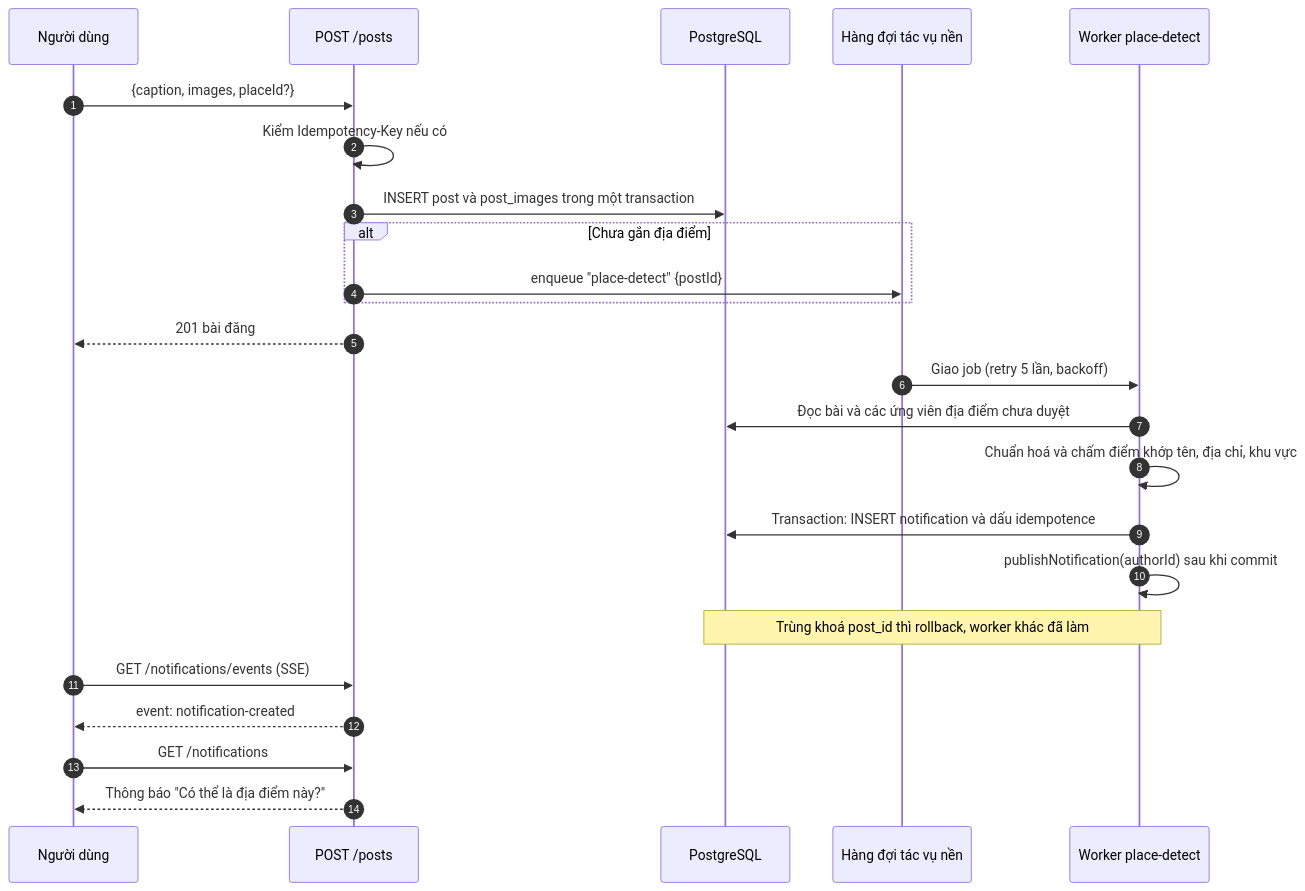
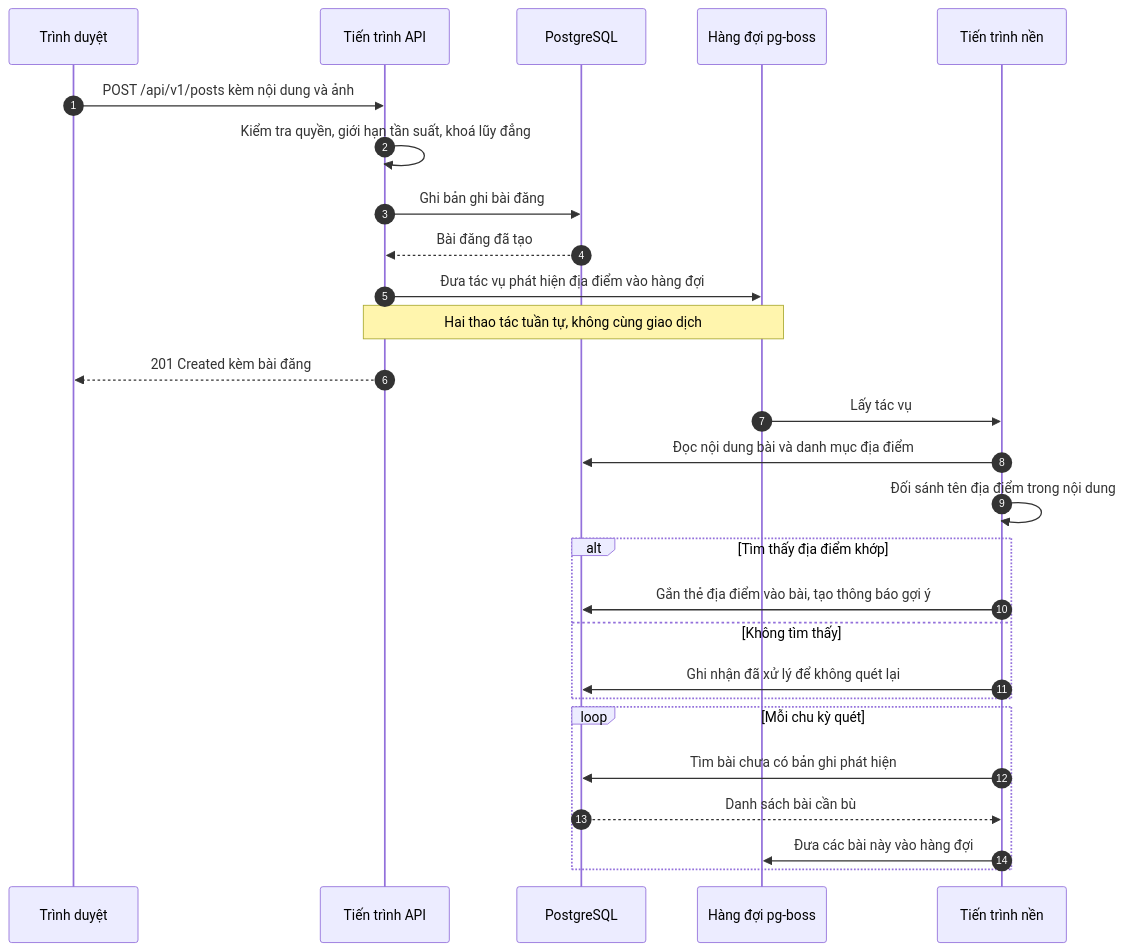
The seventh of 11 diagrams in docs/bao-cao/BAO-CAO-DO-AN.md (longqt321/Rendez-PBL6), drawn with Mermaid before and after one commit. The commit also changed other lines of this file and 1 other file, not shown here.

````diff
--- a/docs/bao-cao/BAO-CAO-DO-AN.md
+++ b/docs/bao-cao/BAO-CAO-DO-AN.md
@@ -557,27 +786,32 @@
 ```mermaid
 sequenceDiagram
-  autonumber
-  participant U as Người dùng
-  participant API as POST /posts
-  participant DB as PostgreSQL
-  participant Q as Hàng đợi tác vụ nền
-  participant W as Worker place-detect
+    autonumber
+    participant B as Trình duyệt
+    participant A as Tiến trình API
+    participant D as PostgreSQL
+    participant Q as Hàng đợi pg-boss
+    participant W as Tiến trình nền
 
-  U->>API: {caption, images, placeId?}
-  API->>API: Kiểm Idempotency-Key nếu có
-  API->>DB: INSERT post và post_images trong một transaction
-  alt Chưa gắn địa điểm
-    API->>Q: enqueue "place-detect" {postId}
-  end
-  API-->>U: 201 bài đăng
-  Q->>W: Giao job (retry 5 lần, backoff)
-  W->>DB: Đọc bài và các ứng viên địa điểm chưa duyệt
-  W->>W: Chuẩn hoá và chấm điểm khớp tên, địa chỉ, khu vực
-  W->>DB: Transaction: INSERT notification và dấu idempotence
-  W->>W: publishNotification(authorId) sau khi commit
-  Note over W,DB: Trùng khoá post_id thì rollback, worker khác đã làm
-  U->>API: GET /notifications/events (SSE)
-  API-->>U: event: notification-created
-  U->>API: GET /notifications
-  API-->>U: Thông báo "Có thể là địa điểm này?"
+    B->>A: POST /api/v1/posts kèm nội dung và ảnh
+    A->>A: Kiểm tra quyền, giới hạn tần suất, khoá lũy đẳng
+    A->>D: Ghi bản ghi bài đăng
+    D-->>A: Bài đăng đã tạo
+    A->>Q: Đưa tác vụ phát hiện địa điểm vào hàng đợi
+    Note over A,Q: Hai thao tác tuần tự, không cùng giao dịch
+    A-->>B: 201 Created kèm bài đăng
+
+    Q->>W: Lấy tác vụ
+    W->>D: Đọc nội dung bài và danh mục địa điểm
+    W->>W: Đối sánh tên địa điểm trong nội dung
+    alt Tìm thấy địa điểm khớp
+        W->>D: Gắn thẻ địa điểm vào bài, tạo thông báo gợi ý
+    else Không tìm thấy
+        W->>D: Ghi nhận đã xử lý để không quét lại
+    end
+
+    loop Mỗi chu kỳ quét
+        W->>D: Tìm bài chưa có bản ghi phát hiện
+        D-->>W: Danh sách bài cần bù
+        W->>Q: Đưa các bài này vào hàng đợi
+    end
 ```
````
